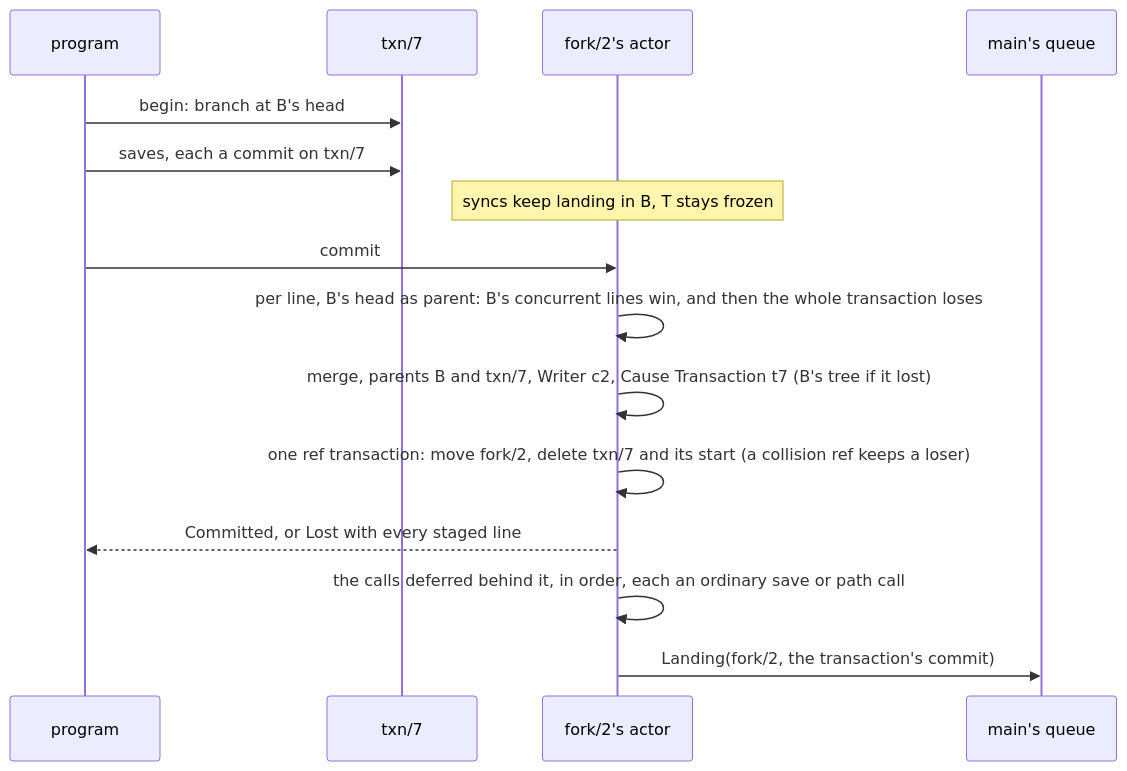
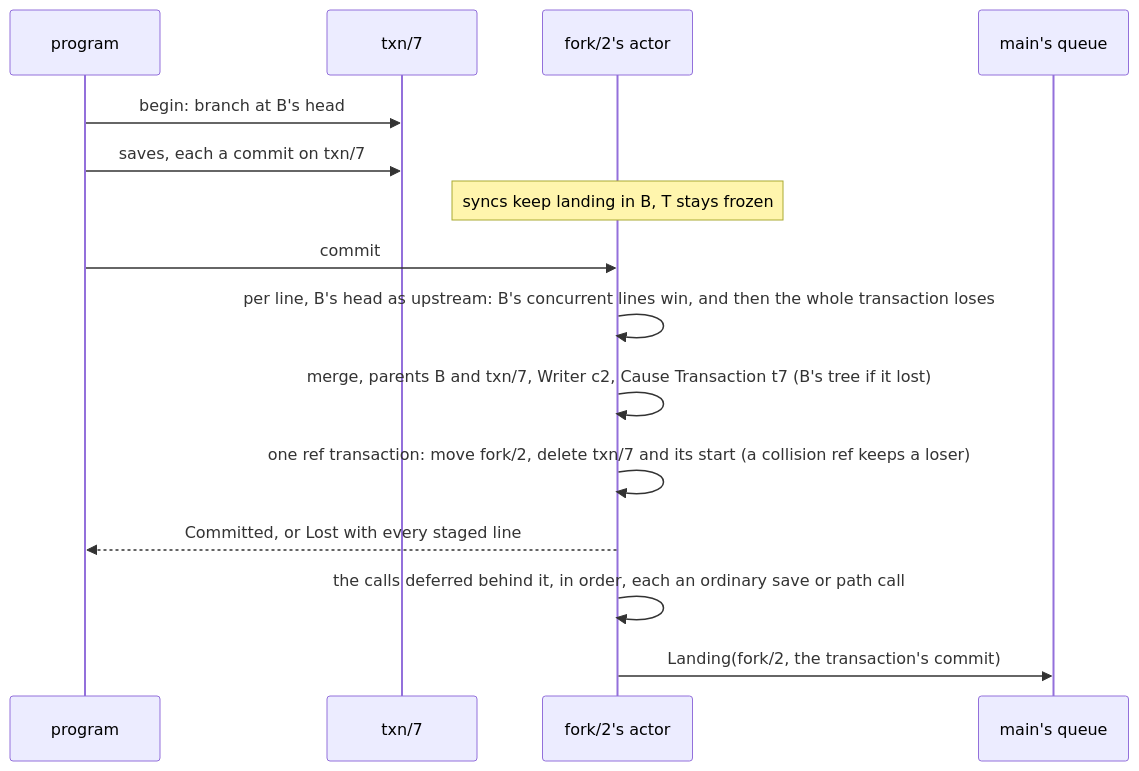
Before and after one commit to mcurcio/agentfs: the sixth of 7 diagrams in docs/target-architecture/git-model.md, drawn with Mermaid. The commit also changed other lines of this file and 25 other files, not shown here.

First line of the commit message:
docs(target-architecture): use upstream/fork and record owner answers

````diff
--- a/docs/target-architecture/git-model.md
+++ b/docs/target-architecture/git-model.md
@@ -648,17 +648,17 @@
 ```mermaid
 sequenceDiagram
   participant P as program
   participant T as txn/7
   participant B as fork/2's actor
   participant QM as main's queue
   P->>T: begin: branch at B's head
   P->>T: saves, each a commit on txn/7
   Note over B: syncs keep landing in B, T stays frozen
   P->>B: commit
-  B->>B: per line, B's head as parent: B's concurrent lines win, and then the whole transaction loses
+  B->>B: per line, B's head as upstream: B's concurrent lines win, and then the whole transaction loses
   B->>B: merge, parents B and txn/7, Writer c2, Cause Transaction t7 (B's tree if it lost)
   B->>B: one ref transaction: move fork/2, delete txn/7 and its start (a collision ref keeps a loser)
   B-->>P: Committed, or Lost with every staged line
   B->>B: the calls deferred behind it, in order, each an ordinary save or path call
   B->>QM: Landing(fork/2, the transaction's commit)
 ```
````
